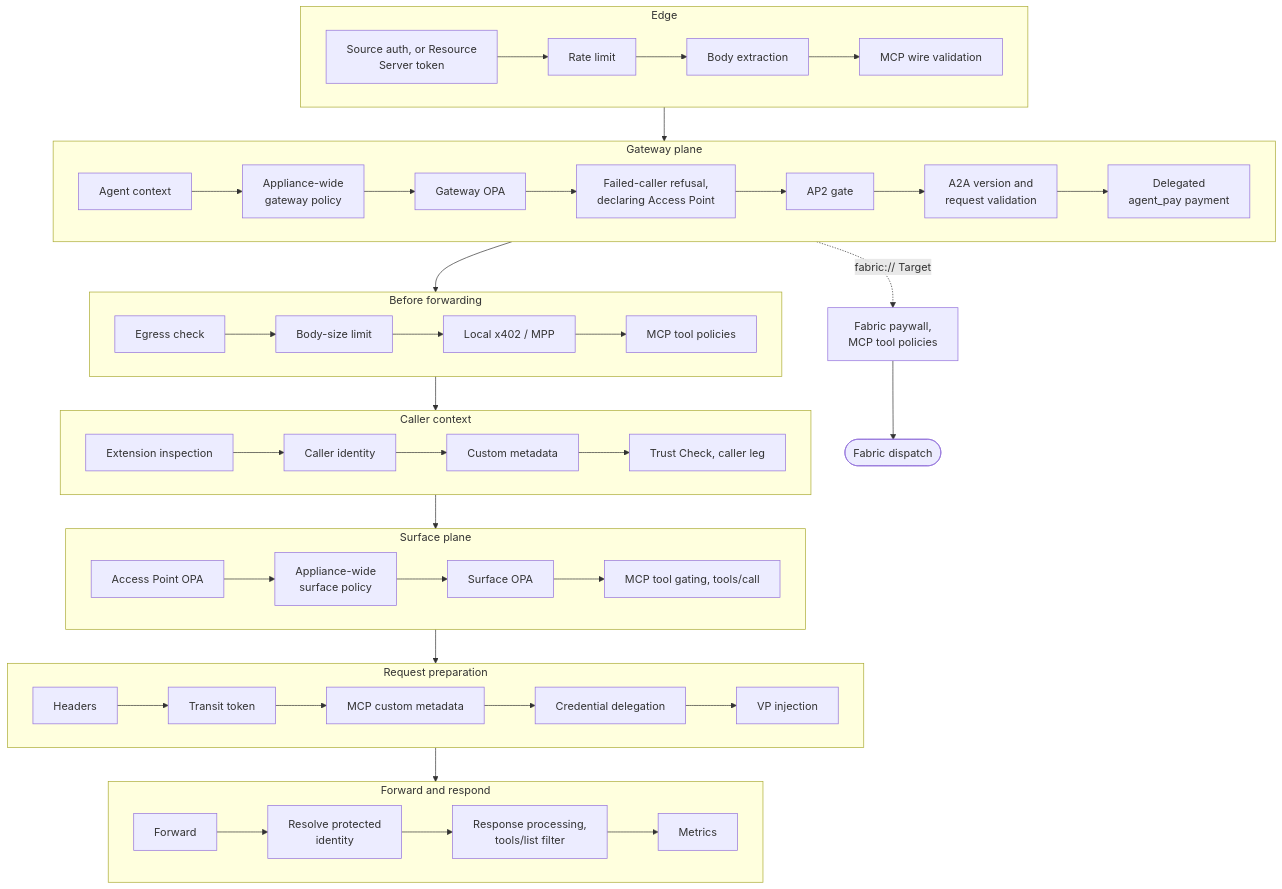
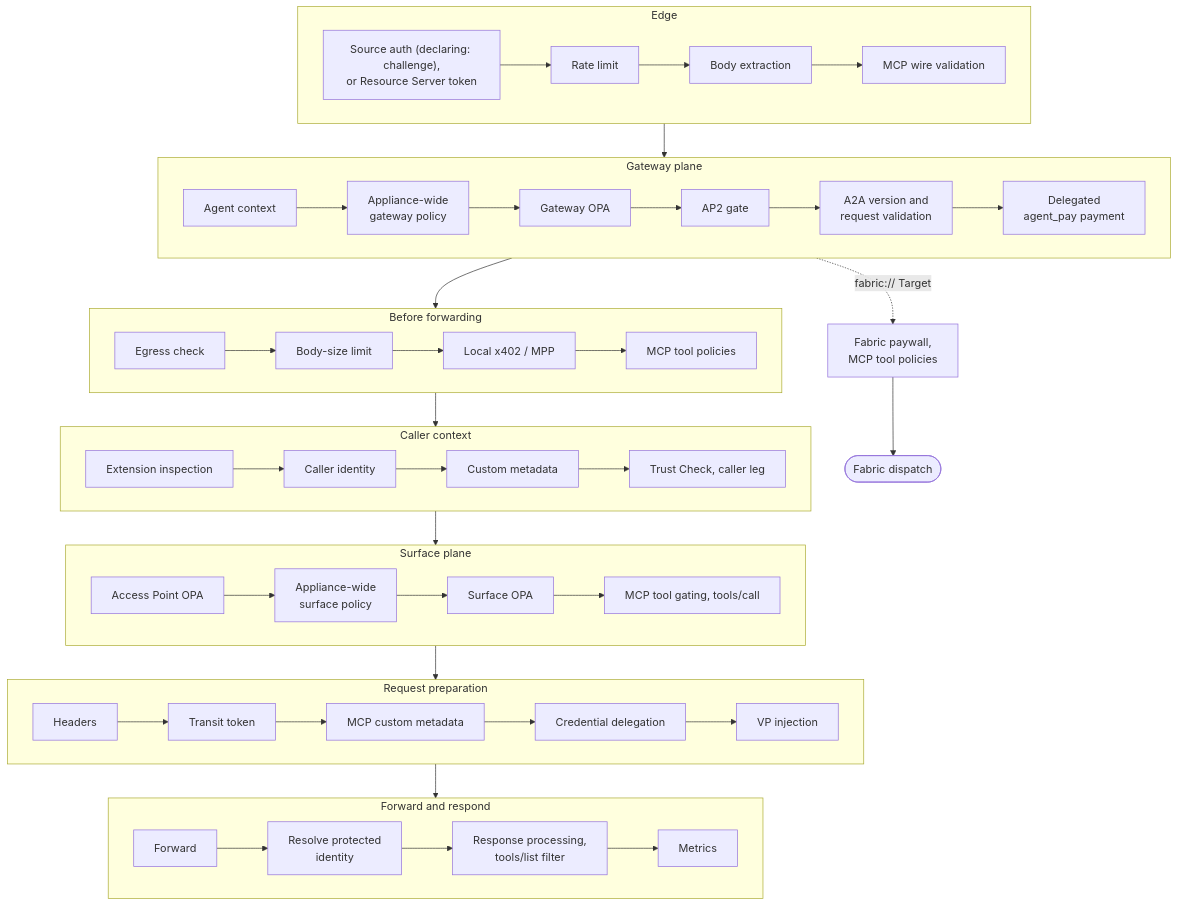
The first of 4 diagrams in ARCHITECTURE.md (affinidi-ai/agent-gateway), drawn with Mermaid before and after one commit. The commit also changed other lines of this file and 15 other files, not shown here.

First line of the commit message:
docs: describe the explicit sign-in setting, the request order and the Fabric refusal

````diff
--- a/ARCHITECTURE.md
+++ b/ARCHITECTURE.md
@@ -91,33 +91,33 @@
 ```mermaid
 flowchart TB
     subgraph E["Edge"]
         direction LR
-        A1["Source auth, or Resource<br/>Server token"] --> A2[Rate limit] --> A3[Body extraction] --> A4[MCP wire validation]
+        A1["Source auth (declaring: challenge),<br/>or Resource Server token"] --> A2[Rate limit] --> A3[Body extraction] --> A4[MCP wire validation]
     end
     subgraph G["Gateway plane"]
         direction LR
-        B0[Agent context] --> B1["Appliance-wide<br/>gateway policy"] --> B2[Gateway OPA] --> B2a["Failed-caller refusal,<br/>declaring Access Point"] --> B3[AP2 gate] --> B4["A2A version and<br/>request validation"] --> B5["Delegated<br/>agent_pay payment"]
+        B0[Agent context] --> B1["Appliance-wide<br/>gateway policy"] --> B2[Gateway OPA] --> B3[AP2 gate] --> B4["A2A version and<br/>request validation"] --> B5["Delegated<br/>agent_pay payment"]
     end
     subgraph P["Before forwarding"]
         direction LR
         P1[Egress check] --> P2[Body-size limit] --> P3["Local x402 / MPP"] --> P4[MCP tool policies]
     end
     subgraph C["Caller context"]
         direction LR
         C1[Extension inspection] --> C2[Caller identity] --> C3[Custom metadata] --> C4["Trust Check, caller leg"]
     end
     subgraph S["Surface plane"]
         direction LR
         D1[Access Point OPA] --> D2["Appliance-wide<br/>surface policy"] --> D3[Surface OPA] --> D4["MCP tool gating, tools/call"]
     end
     subgraph O["Request preparation"]
         direction LR
         O1[Headers] --> O2[Transit token] --> O3[MCP custom metadata] --> O4[Credential delegation] --> O5[VP injection]
     end
     subgraph F["Forward and respond"]
         direction LR
         F1[Forward] --> F2["Resolve protected<br/>identity"] --> F3["Response processing,<br/>tools/list filter"] --> F4[Metrics]
     end
     E --> G --> P --> C --> S --> O --> F
     B5 -. fabric:// Target .-> FP["Fabric paywall,<br/>MCP tool policies"] --> FB([Fabric dispatch])
 ```
````
